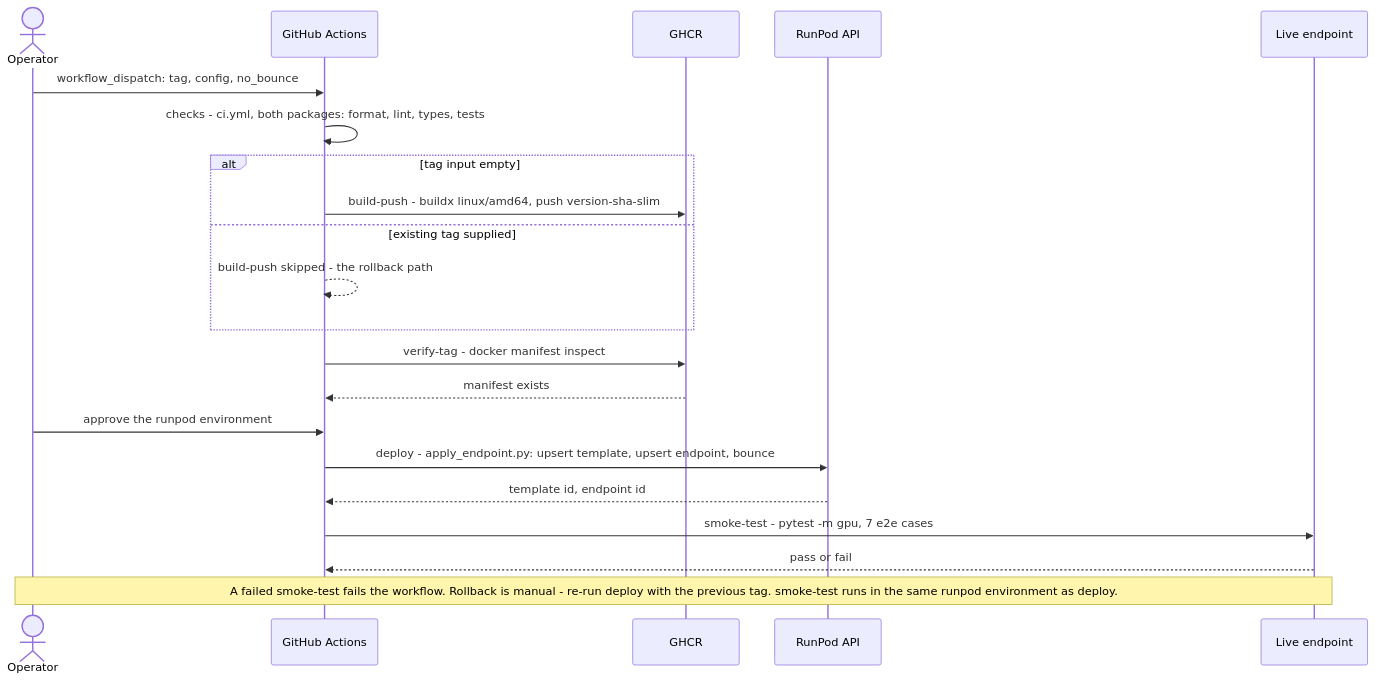
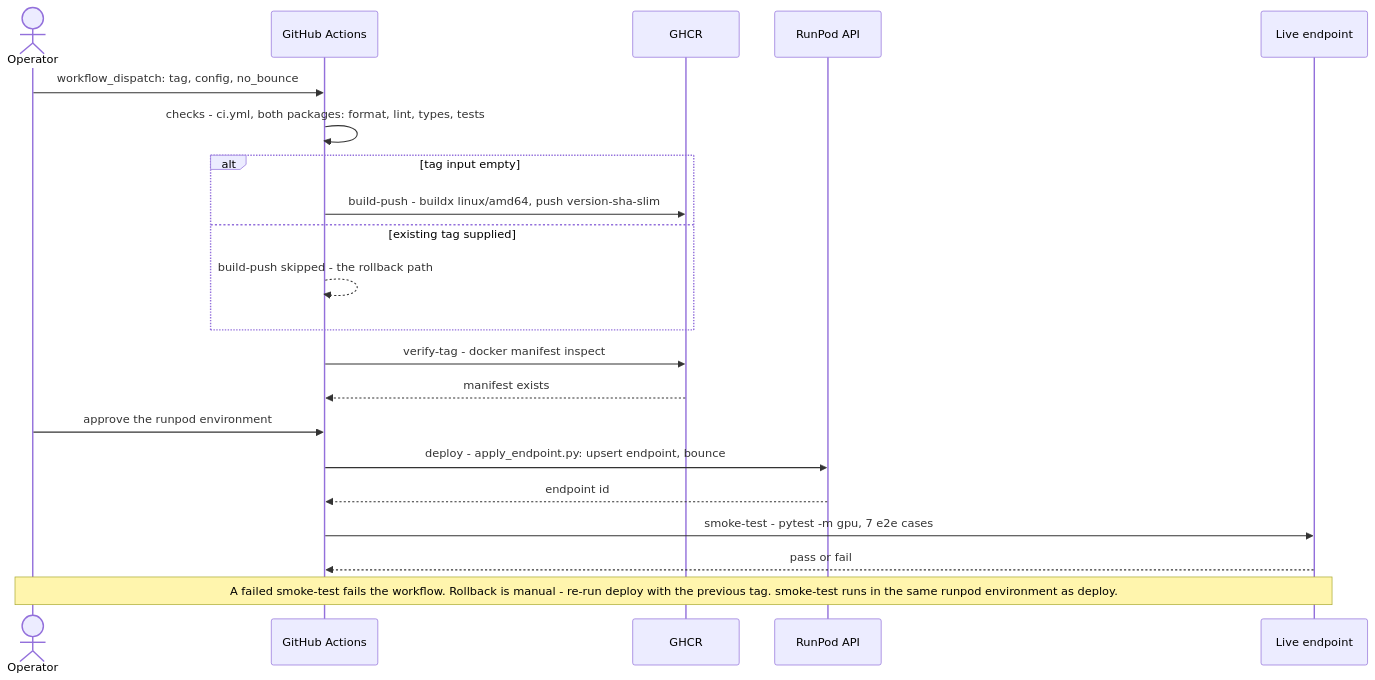
One commit to andyozj/test-runpod changed the diagram in docs/RUNBOOK.md. Above: the diagram before and after it, drawn with Mermaid. The commit also changed other lines of this file and 5 other files, not shown here.

````diff
--- a/docs/RUNBOOK.md
+++ b/docs/RUNBOOK.md
@@ -130,24 +130,24 @@
 ```mermaid
 sequenceDiagram
     actor Op as Operator
     participant GHA as GitHub Actions
     participant GHCR
     participant RP as RunPod API
     participant EP as Live endpoint
 
     Op->>GHA: workflow_dispatch: tag, config, no_bounce
     GHA->>GHA: checks - ci.yml, both packages: format, lint, types, tests
     alt tag input empty
         GHA->>GHCR: build-push - buildx linux/amd64, push version-sha-slim
     else existing tag supplied
         GHA-->>GHA: build-push skipped - the rollback path
     end
     GHA->>GHCR: verify-tag - docker manifest inspect
     GHCR-->>GHA: manifest exists
     Op->>GHA: approve the runpod environment
-    GHA->>RP: deploy - apply_endpoint.py: upsert template, upsert endpoint, bounce
-    RP-->>GHA: template id, endpoint id
+    GHA->>RP: deploy - apply_endpoint.py: upsert endpoint, bounce
+    RP-->>GHA: endpoint id
     GHA->>EP: smoke-test - pytest -m gpu, 7 e2e cases
     EP-->>GHA: pass or fail
     Note over Op,EP: A failed smoke-test fails the workflow. Rollback is manual - re-run deploy with the previous tag. smoke-test runs in the same runpod environment as deploy.
 ```
````
